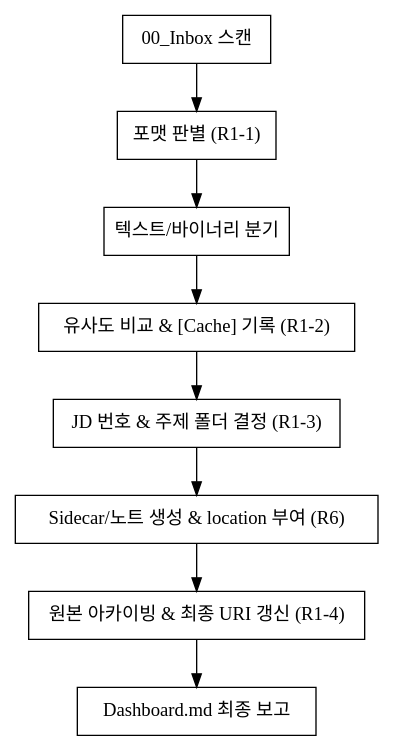
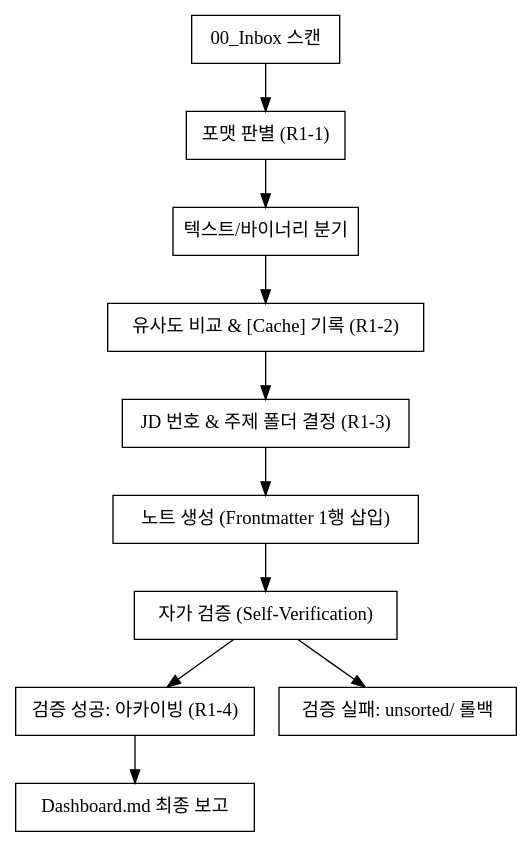
The diagram in _system/skills/new-file-processor/SKILL.md (im-dongseon/defrag), drawn with Graphviz before and after one commit. The commit also changed other lines of this file and 28 other files, not shown here.

````diff
--- a/_system/skills/new-file-processor/SKILL.md
+++ b/_system/skills/new-file-processor/SKILL.md
@@ -26,12 +26,14 @@
 ```dot
 digraph ingest_flow {
     node [shape=box];
     "00_Inbox 스캔" -> "포맷 판별 (R1-1)";
     "포맷 판별 (R1-1)" -> "텍스트/바이너리 분기";
     "텍스트/바이너리 분기" -> "유사도 비교 & [Cache] 기록 (R1-2)";
     "유사도 비교 & [Cache] 기록 (R1-2)" -> "JD 번호 & 주제 폴더 결정 (R1-3)";
-    "JD 번호 & 주제 폴더 결정 (R1-3)" -> "Sidecar/노트 생성 & location 부여 (R6)";
-    "Sidecar/노트 생성 & location 부여 (R6)" -> "원본 아카이빙 & 최종 URI 갱신 (R1-4)";
-    "원본 아카이빙 & 최종 URI 갱신 (R1-4)" -> "Dashboard.md 최종 보고";
+    "JD 번호 & 주제 폴더 결정 (R1-3)" -> "노트 생성 (Frontmatter 1행 삽입)";
+    "노트 생성 (Frontmatter 1행 삽입)" -> "자가 검증 (Self-Verification)";
+    "자가 검증 (Self-Verification)" -> "검증 성공: 아카이빙 (R1-4)";
+    "자가 검증 (Self-Verification)" -> "검증 실패: unsorted/ 롤백";
+    "검증 성공: 아카이빙 (R1-4)" -> "Dashboard.md 최종 보고";
 }
 ```
````
